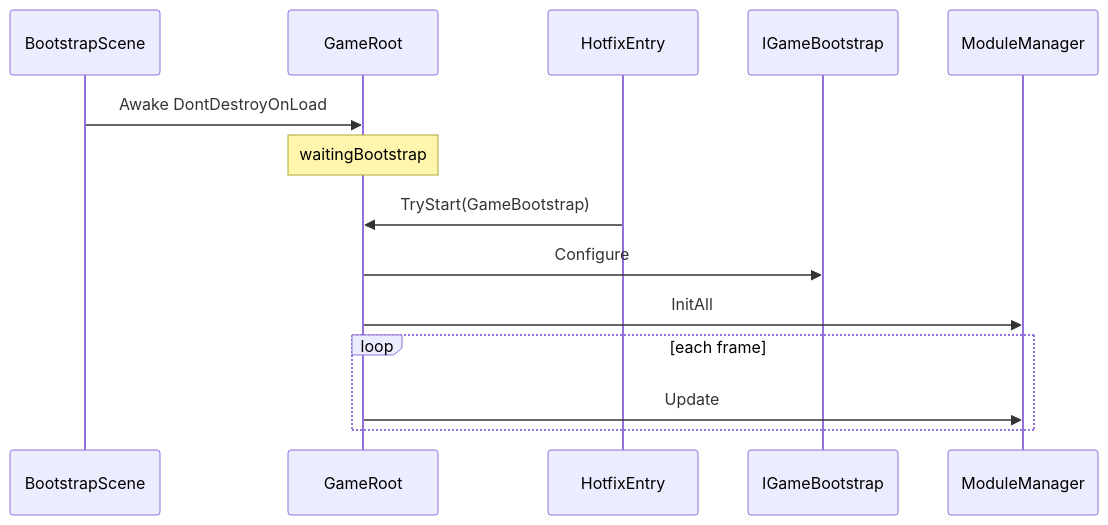
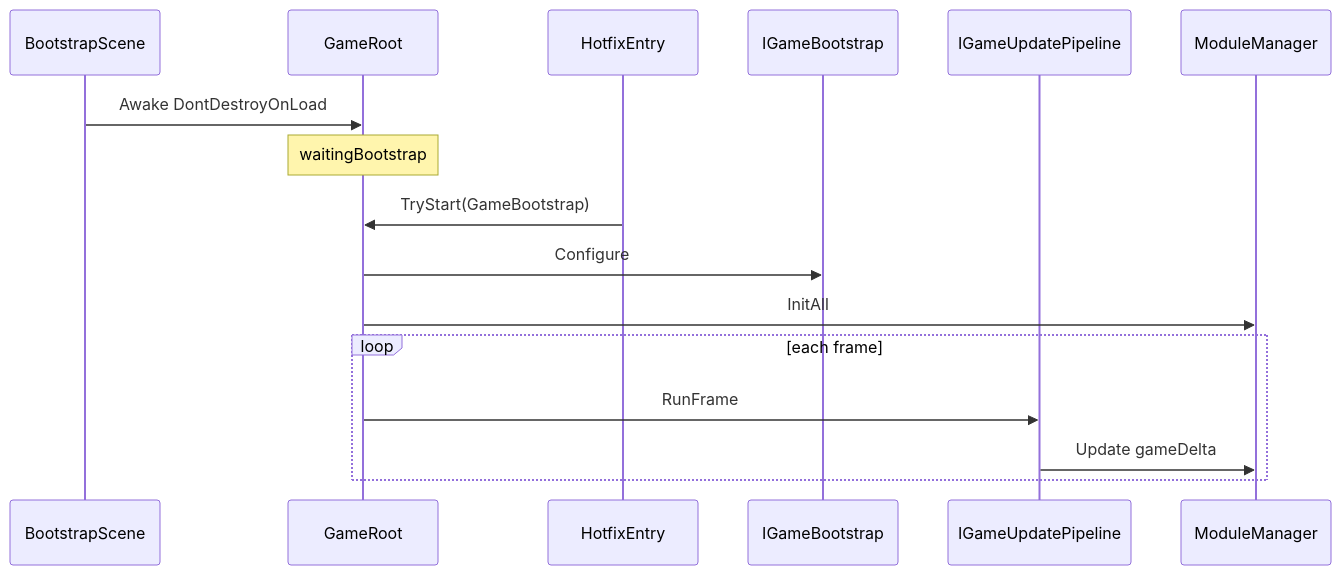
Before and after one commit to Newzhi/vframework4UnityGame: the diagram in vframework/Assets/vFramework/BaseFramework/BaseGameRoot/README.md, drawn with Mermaid. The commit also changed other lines of this file and 59 other files, not shown here.

````diff
--- a/vframework/Assets/vFramework/BaseFramework/BaseGameRoot/README.md
+++ b/vframework/Assets/vFramework/BaseFramework/BaseGameRoot/README.md
@@ -38,17 +41,19 @@
 ```mermaid
 sequenceDiagram
     participant Scene as BootstrapScene
     participant GR as GameRoot
     participant Hotfix as HotfixEntry
     participant BS as IGameBootstrap
+    participant PL as IGameUpdatePipeline
     participant MM as ModuleManager
 
     Scene->>GR: Awake DontDestroyOnLoad
     Note over GR: waitingBootstrap
     Hotfix->>GR: TryStart(GameBootstrap)
     GR->>BS: Configure
     GR->>MM: InitAll
     loop each frame
-        GR->>MM: Update
+        GR->>PL: RunFrame
+        PL->>MM: Update gameDelta
     end
 ```
````
